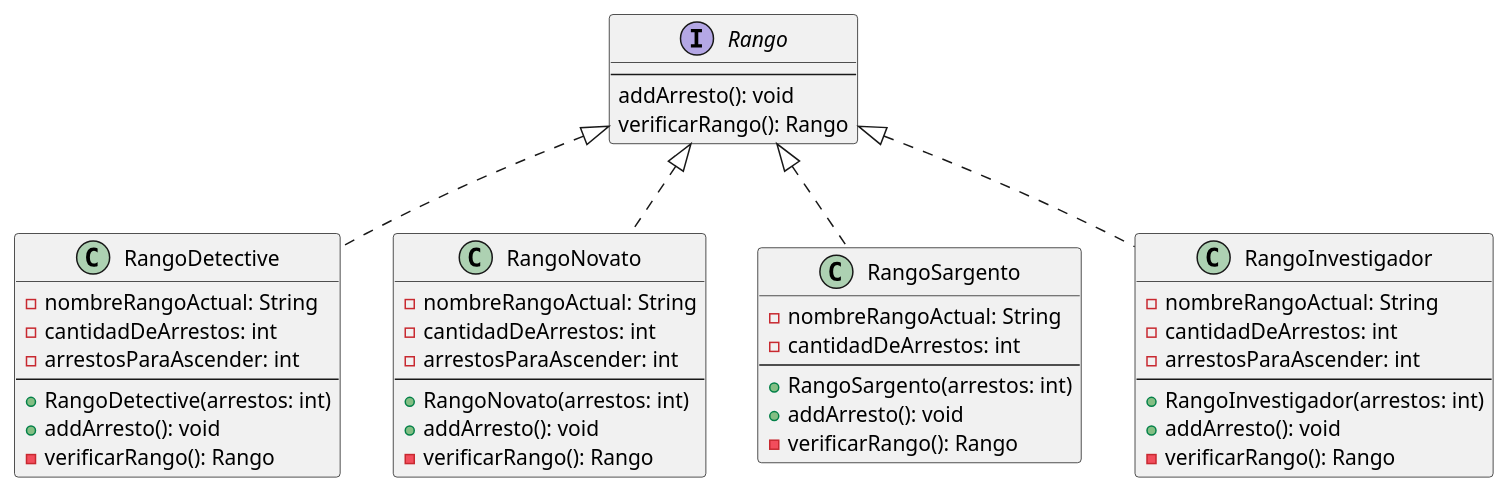
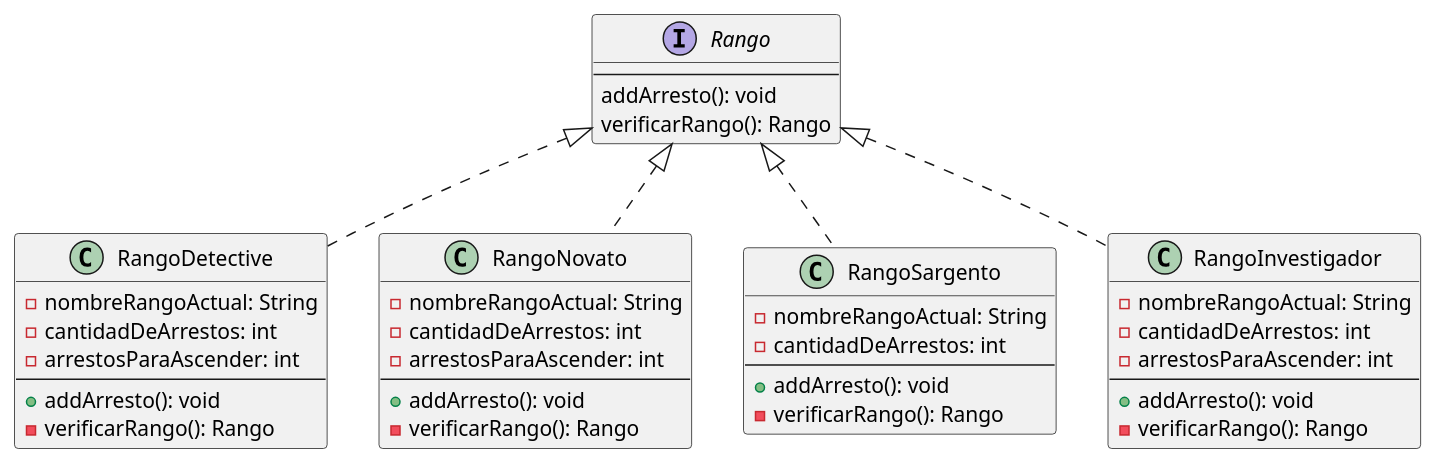
One commit to alexguttlein/TP2-CarmenSandiego changed the diagram in diagrams/classes/Entrega1/claseRango.puml. Above: the diagram before and after it, drawn with PlantUML. The commit also changed 13 other files, not shown here.

Commit message:
Se agregan diagramas. Se crea clase Ubicacion. Se adaptan tests a la nueva clase

```diff
--- a/diagrams/classes/Entrega1/claseRango.puml
+++ b/diagrams/classes/Entrega1/claseRango.puml
@@ -1,49 +1,45 @@
 @startuml
 
 interface Rango {
     --
     addArresto(): void
     verificarRango(): Rango
 }
 
 class RangoDetective {
     -nombreRangoActual: String
     -cantidadDeArrestos: int
     -arrestosParaAscender: int
     --
-    +RangoDetective(arrestos: int)
     +addArresto(): void
     -verificarRango(): Rango
 }
 class RangoNovato {
     -nombreRangoActual: String
     -cantidadDeArrestos: int
     -arrestosParaAscender: int
     --
-    +RangoNovato(arrestos: int)
     +addArresto(): void
     -verificarRango(): Rango
 }
 class RangoSargento {
     -nombreRangoActual: String
     -cantidadDeArrestos: int
     --
-    +RangoSargento(arrestos: int)
     +addArresto(): void
     -verificarRango(): Rango
 }
 class RangoInvestigador {
     -nombreRangoActual: String
     -cantidadDeArrestos: int
     -arrestosParaAscender: int
     --
-    +RangoInvestigador(arrestos: int)
     +addArresto(): void
     -verificarRango(): Rango
 }
 Rango <|.. RangoDetective
 Rango <|.. RangoSargento
 Rango <|.. RangoNovato
 Rango <|.. RangoInvestigador
 
 @enduml
```
